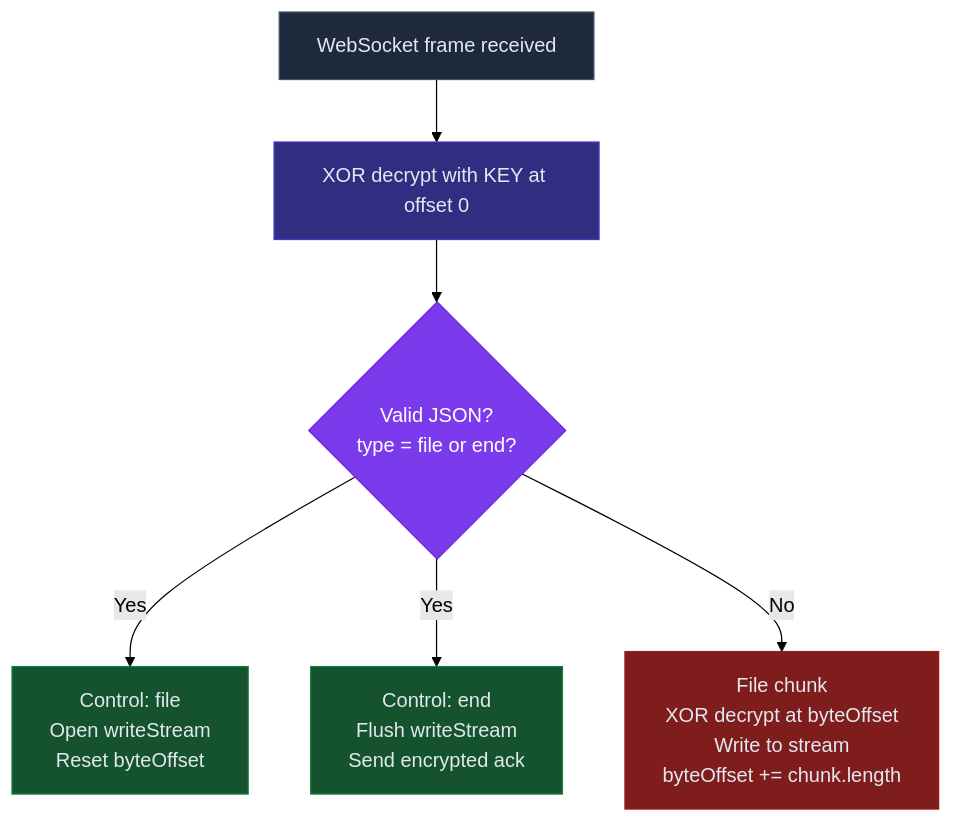
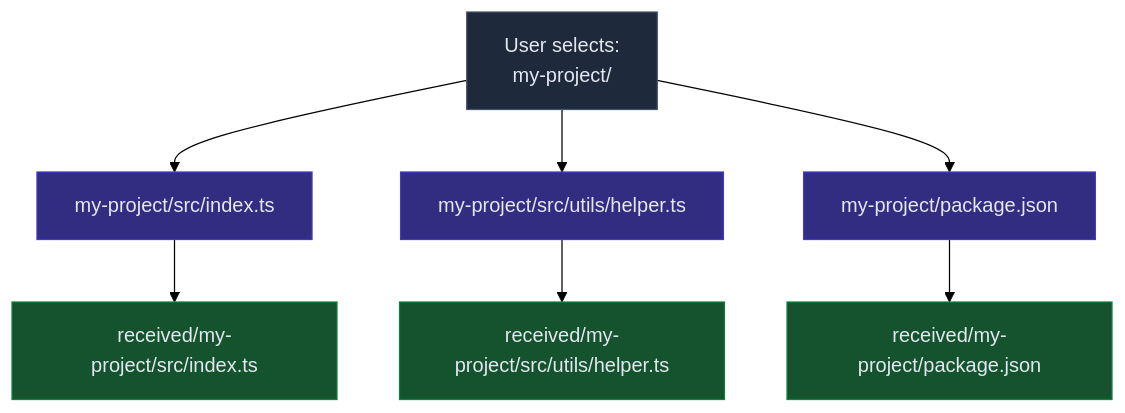
The seventh of 7 diagrams in README.md (devravinder/project-file-streamer), drawn with Mermaid (forest theme) before and after one commit. The commit also changed other lines of this file and 4 other files, not shown here.

````diff
--- a/README.md
+++ b/README.md
@@ -142,20 +147,18 @@
 ```mermaid
 flowchart TD
-    A["WebSocket frame received"]
-    B["XOR decrypt with KEY at offset 0"]
-    C{"Valid JSON?\ntype = file or end?"}
-    D["Control: file\nOpen writeStream\nReset byteOffset"]
-    E["Control: end\nFlush writeStream\nSend encrypted ack"]
-    F["File chunk\nXOR decrypt at byteOffset\nWrite to stream\nbyteOffset += chunk.length"]
-
-    A --> B --> C
-    C -- Yes --> D & E
-    C -- No --> F
+    A["User selects:\nmy-project/"]
+    A --> B["my-project/src/index.ts"]
+    A --> C["my-project/src/utils/helper.ts"]
+    A --> D["my-project/package.json"]
+    B --> E["received/my-project/src/index.ts"]
+    C --> F["received/my-project/src/utils/helper.ts"]
+    D --> G["received/my-project/package.json"]
 
     style A fill:#1e293b,stroke:#475569,color:#e2e8f0
     style B fill:#312e81,stroke:#4338ca,color:#e2e8f0
-    style C fill:#7c3aed,stroke:#6d28d9,color:#fff
-    style D fill:#14532d,stroke:#15803d,color:#e2e8f0
+    style C fill:#312e81,stroke:#4338ca,color:#e2e8f0
+    style D fill:#312e81,stroke:#4338ca,color:#e2e8f0
     style E fill:#14532d,stroke:#15803d,color:#e2e8f0
-    style F fill:#7f1d1d,stroke:#991b1b,color:#e2e8f0
+    style F fill:#14532d,stroke:#15803d,color:#e2e8f0
+    style G fill:#14532d,stroke:#15803d,color:#e2e8f0
 ```
````
